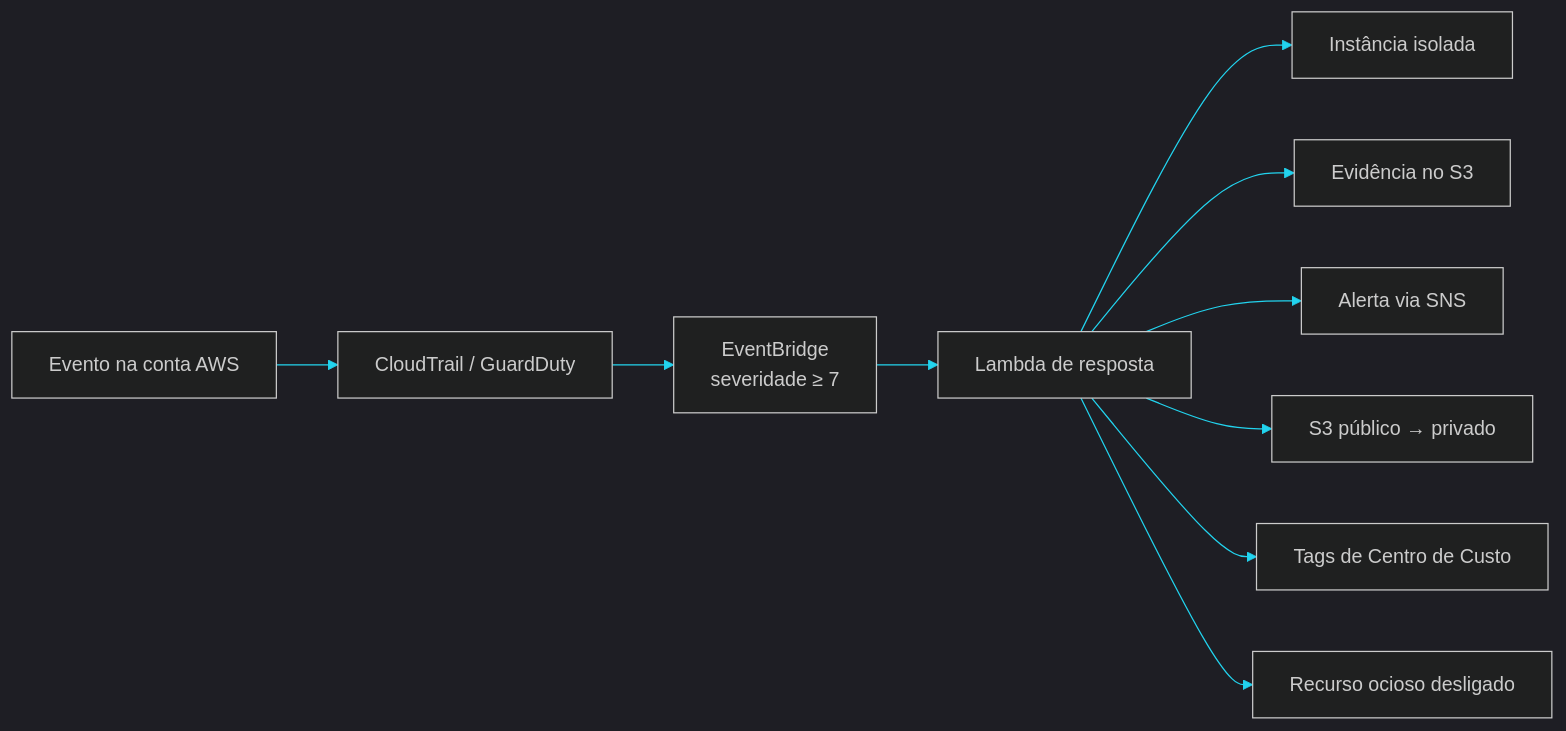
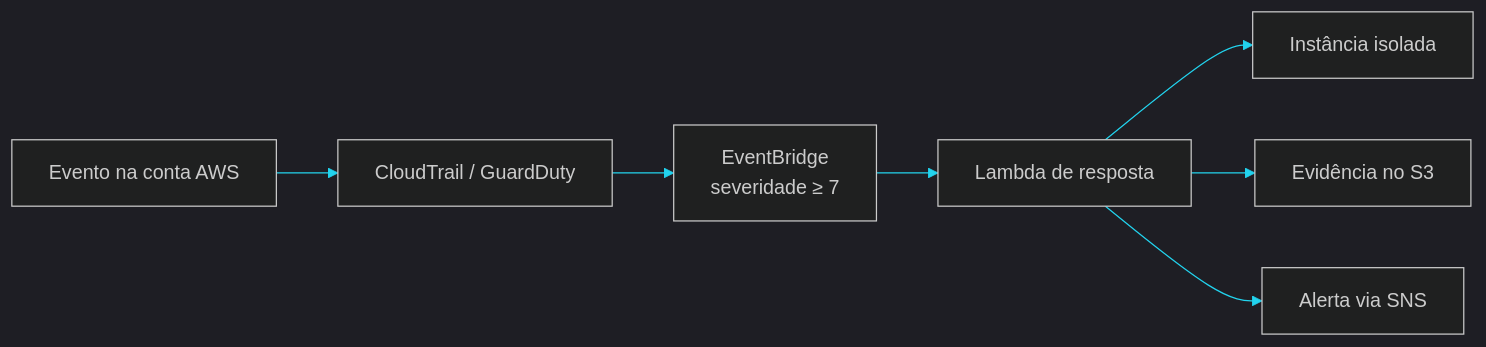
Before and after one commit to kctxdev/Kctxdev: the diagram in README.md, drawn with Mermaid. The commit also changed other lines of this file and 2 other files, not shown here.

````diff
--- a/README.md
+++ b/README.md
@@ -84,13 +105,10 @@
 ```mermaid
 %%{init: {'theme':'dark', 'themeVariables': {'primaryColor':'#06210E','primaryTextColor':'#00FF41','lineColor':'#22D3EE','primaryBorderColor':'#00FF41'}}}%%
 flowchart LR
     A[Evento na conta AWS] --> B[CloudTrail / GuardDuty]
     B --> C[EventBridge<br/>severidade ≥ 7]
     C --> D[Lambda de resposta]
     D --> E[Instância isolada]
     D --> F[Evidência no S3]
     D --> G[Alerta via SNS]
-    D --> H[S3 público → privado]
-    D --> I[Tags de Centro de Custo]
-    D --> J[Recurso ocioso desligado]
 ```
````
